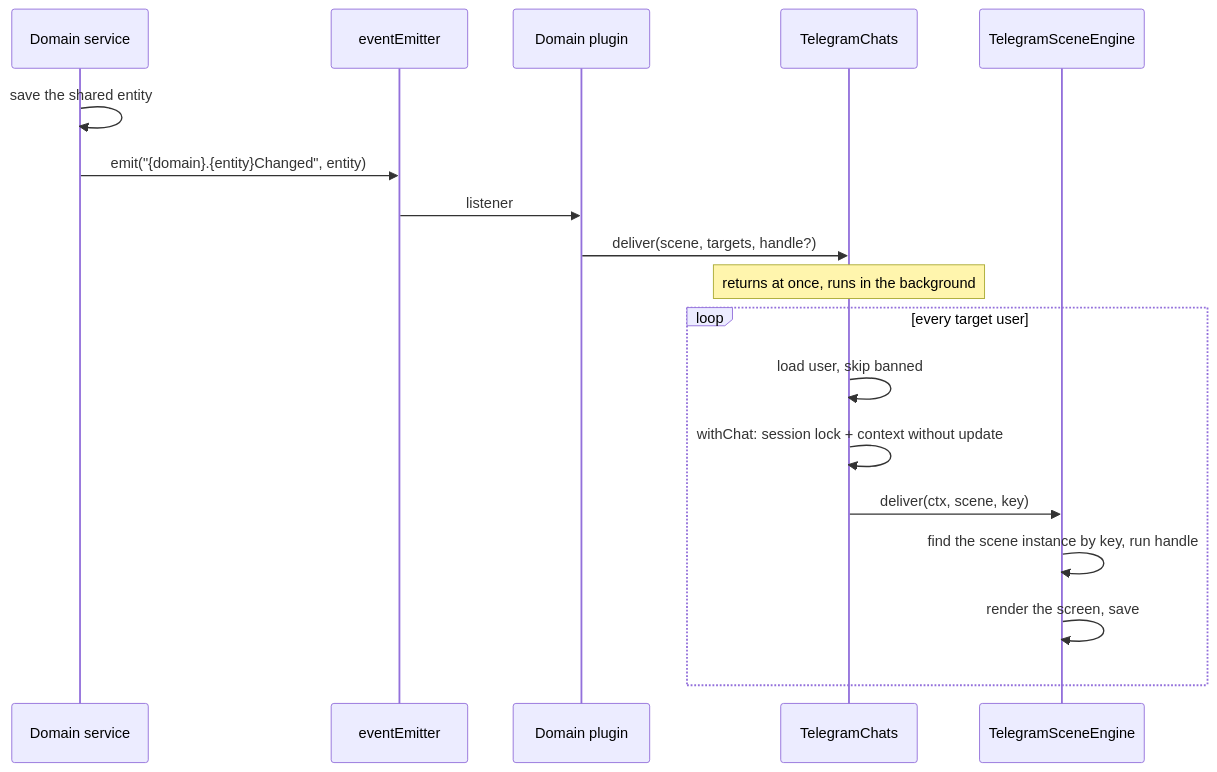
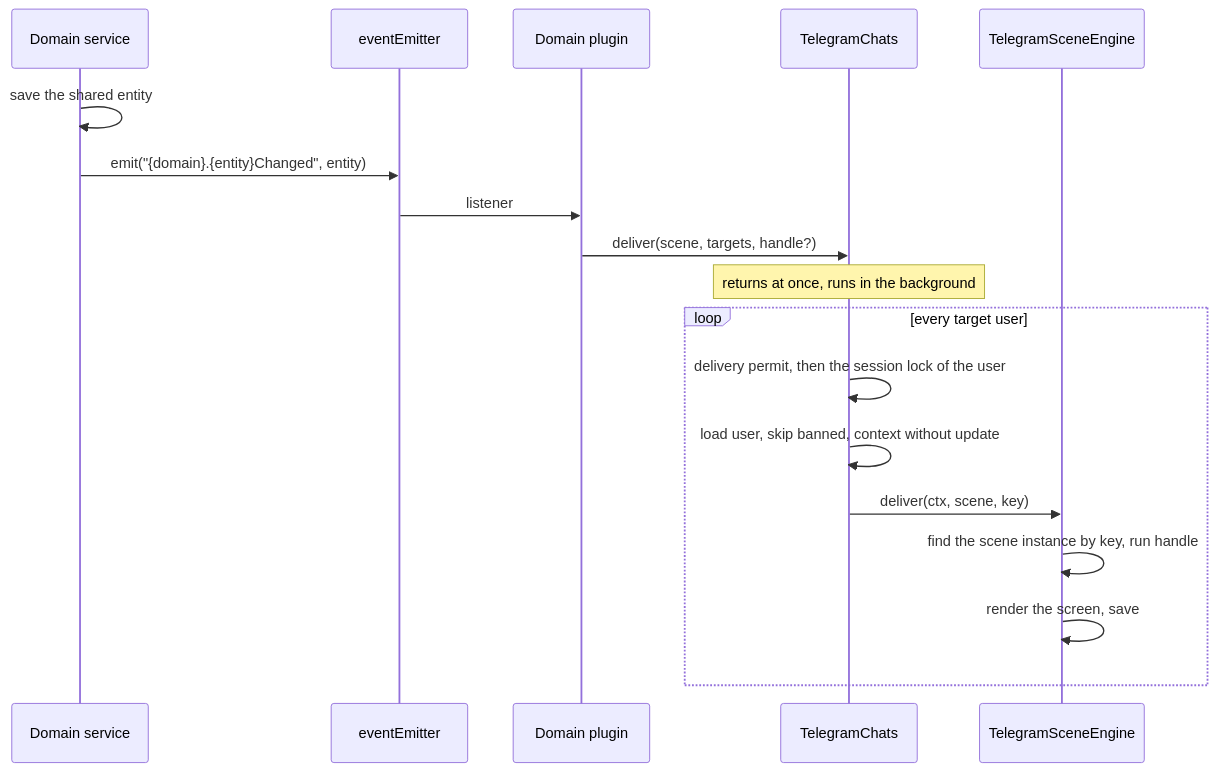
One commit to ayuvlasenko/smart-assistant changed the fifth of 6 diagrams in apps/server/src/plugins/app/telegram/README.md. Above: the diagram before and after it, drawn with Mermaid. The commit also changed other lines of this file and 1 other file, not shown here.

````diff
--- a/apps/server/src/plugins/app/telegram/README.md
+++ b/apps/server/src/plugins/app/telegram/README.md
@@ -719,21 +719,21 @@
 ```mermaid
 sequenceDiagram
     participant D as Domain service
     participant Em as eventEmitter
     participant P as Domain plugin
     participant C as TelegramChats
     participant E as TelegramSceneEngine
 
     D->>D: save the shared entity
     D->>Em: emit("{domain}.{entity}Changed", entity)
     Em->>P: listener
     P->>C: deliver(scene, targets, handle?)
     Note over C: returns at once, runs in the background
     loop every target user
-        C->>C: load user, skip banned
-        C->>C: withChat: session lock + context without update
+        C->>C: delivery permit, then the session lock of the user
+        C->>C: load user, skip banned, context without update
         C->>E: deliver(ctx, scene, key)
         E->>E: find the scene instance by key, run handle
         E->>E: render the screen, save
     end
 ```
````
